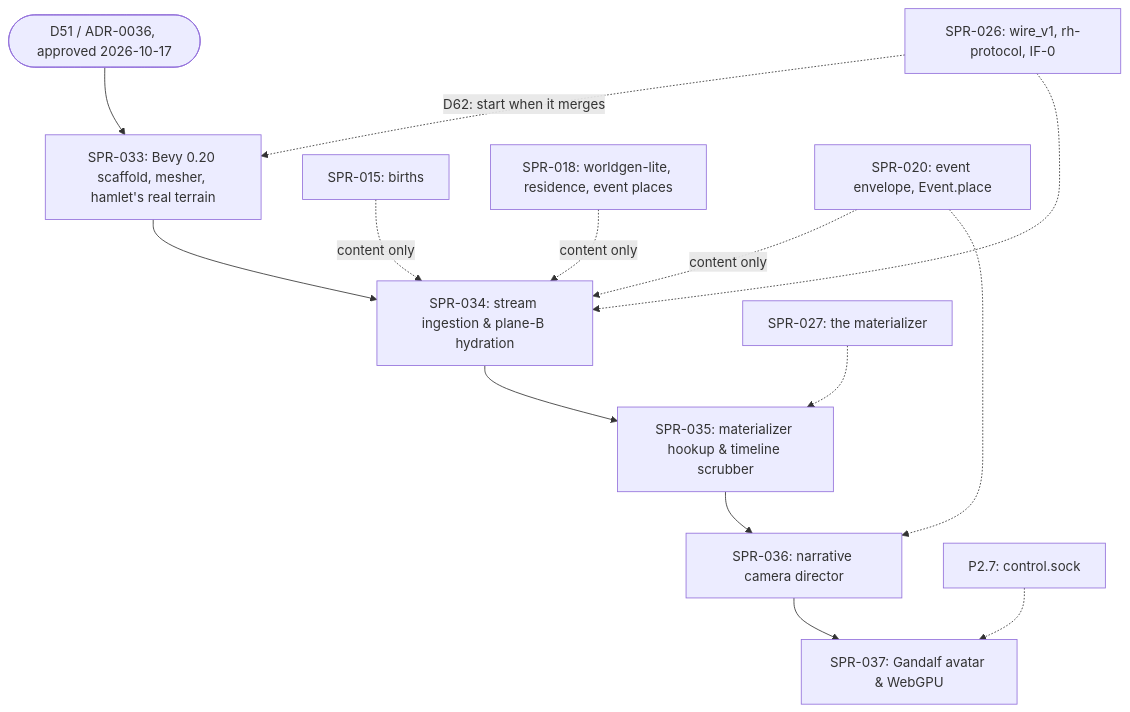
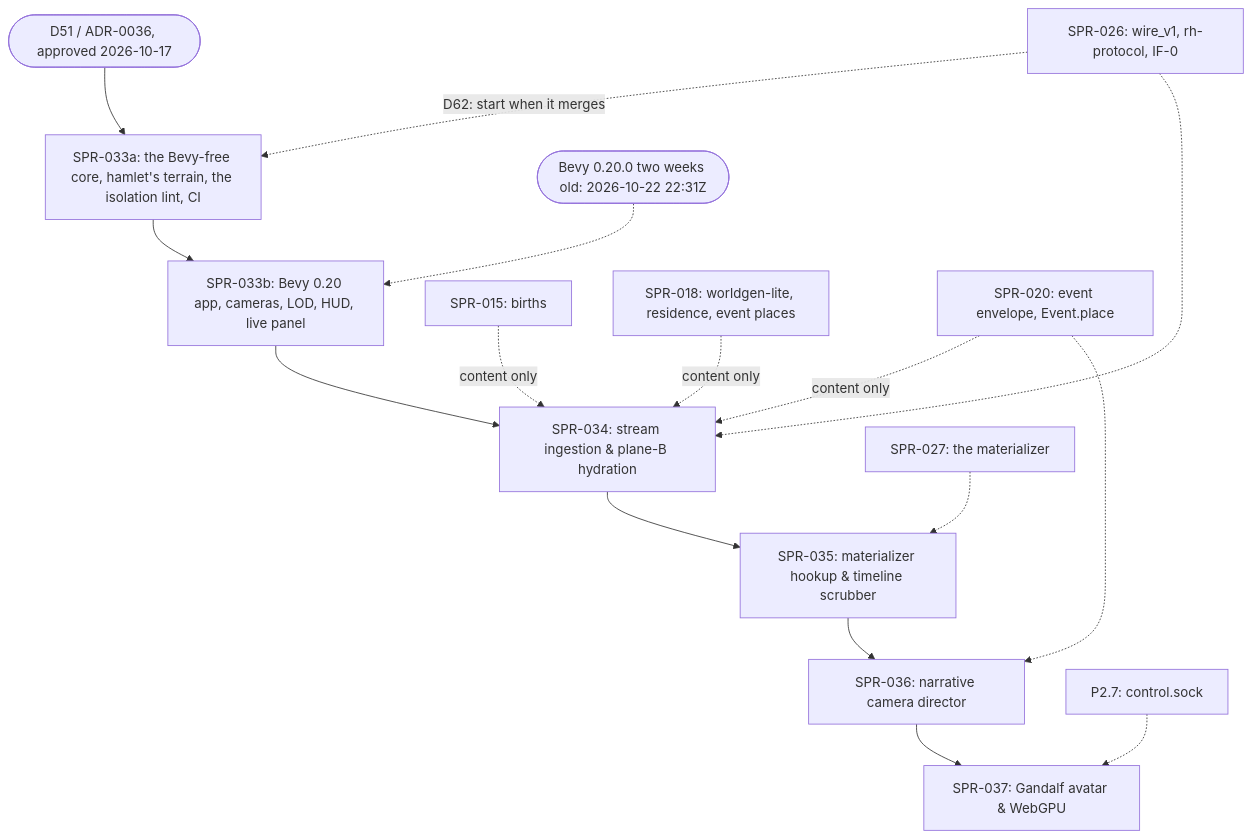
Before and after one commit to BigRigVibeCoder/Rehoboam: the diagram in CODEX/05_PROJECT/PRJ-003_BevyVoxelViewer.md, drawn with Mermaid. The commit also changed other lines of this file and 6 other files, not shown here.

````diff
--- a/CODEX/05_PROJECT/PRJ-003_BevyVoxelViewer.md
+++ b/CODEX/05_PROJECT/PRJ-003_BevyVoxelViewer.md
@@ -129,16 +129,18 @@
 ```mermaid
 flowchart TD
-  D51([D51 / ADR-0036, approved 2026-10-17]) --> S033[SPR-033: Bevy 0.20 scaffold, mesher, hamlet's real terrain]
-  S026[SPR-026: wire_v1, rh-protocol, IF-0] -.->|D62: start when it merges| S033
-  S033 --> S034[SPR-034: stream ingestion & plane-B hydration]
+  D51([D51 / ADR-0036, approved 2026-10-17]) --> S033a[SPR-033a: the Bevy-free core, hamlet's terrain, the isolation lint, CI]
+  S026[SPR-026: wire_v1, rh-protocol, IF-0] -.->|D62: start when it merges| S033a
+  S033a --> S033b[SPR-033b: Bevy 0.20 app, cameras, LOD, HUD, live panel]
+  BEVY([Bevy 0.20.0 two weeks old: 2026-10-22 22:31Z]) -.-> S033b
+  S033b --> S034[SPR-034: stream ingestion & plane-B hydration]
   S026 -.-> S034
   S015[SPR-015: births] -.->|content only| S034
   S018[SPR-018: worldgen-lite, residence, event places] -.->|content only| S034
   S020[SPR-020: event envelope, Event.place] -.->|content only| S034
   S034 --> S035[SPR-035: materializer hookup & timeline scrubber]
   S027[SPR-027: the materializer] -.-> S035
   S020 -.-> S036[SPR-036: narrative camera director]
   S035 --> S036
   P27[P2.7: control.sock] -.-> S037[SPR-037: Gandalf avatar & WebGPU]
   S036 --> S037
 ```
````
